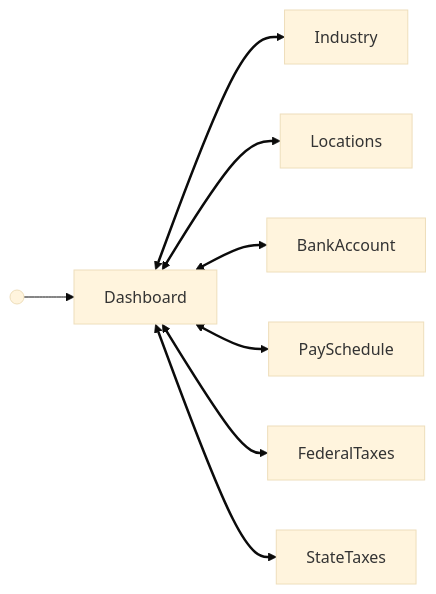
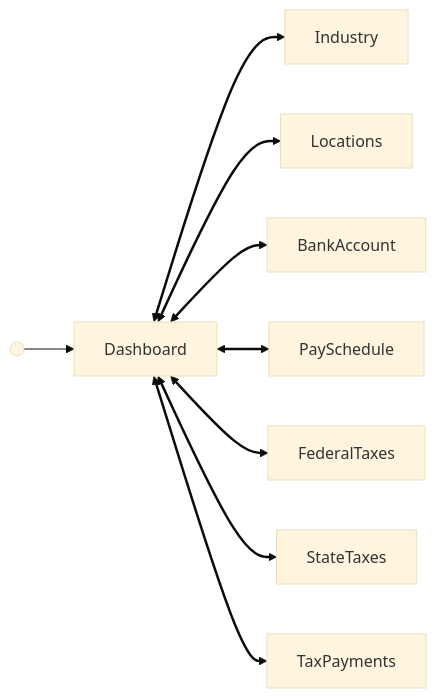
Before and after one commit to Gusto/embedded-react-sdk: the diagram in src/components/Company/Dashboard/GUIDE.md, drawn with Mermaid (base theme). The commit also changed other lines of this file and 20 other files, not shown here.

First line of the commit message:
feat(SDK-1431): add tax payments card to the CompanyManagement dashboard Taxes tab (#3087)

````diff
--- a/src/components/Company/Dashboard/GUIDE.md
+++ b/src/components/Company/Dashboard/GUIDE.md
@@ -21,11 +25,12 @@
 ```mermaid
 flowchart LR
   start@{ shape: sm-circ } --> Dashboard
   Dashboard <--> Industry
   Dashboard <--> Locations
   Dashboard <--> BankAccount
   Dashboard <--> PaySchedule
   Dashboard <--> FederalTaxes
   Dashboard <--> StateTaxes
-  linkStyle 1,2,3,4,5,6 stroke-width:2.5px
+  Dashboard <--> TaxPayments
+  linkStyle 1,2,3,4,5,6,7 stroke-width:2.5px
 ```
````
